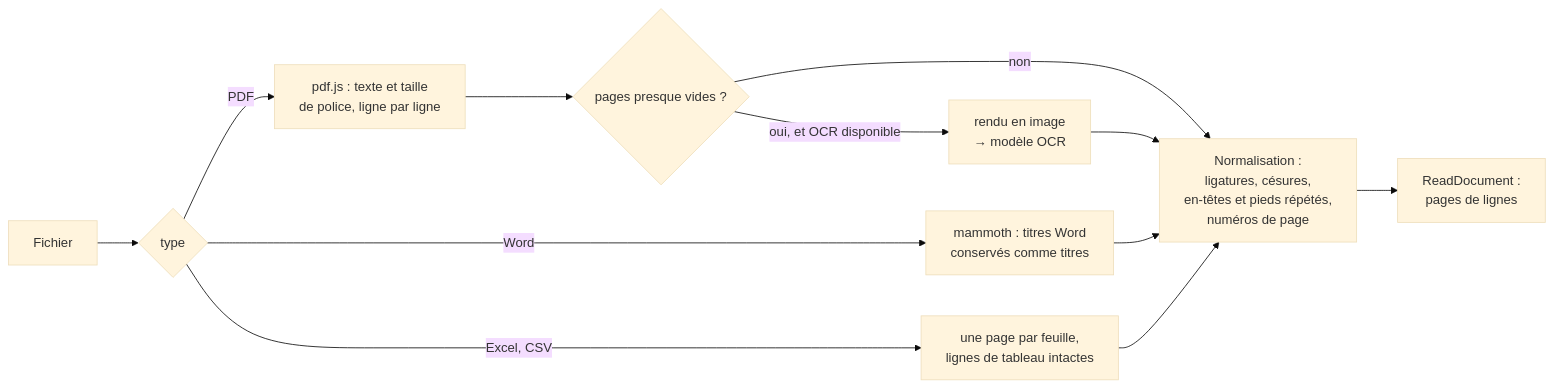
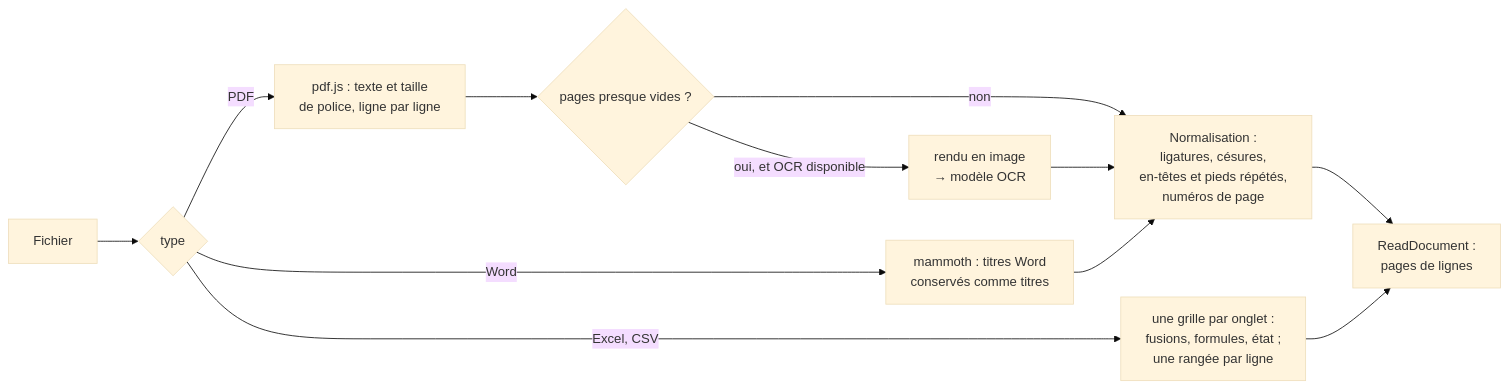
The third of 6 diagrams in apps/backend/src/plans/ai-plan-import/README.md (incubateur-ademe/territoires-en-transitions), drawn with Mermaid (base theme) before and after one commit. The commit also changed other lines of this file and 92 other files, not shown here.

````diff
--- a/apps/backend/src/plans/ai-plan-import/README.md
+++ b/apps/backend/src/plans/ai-plan-import/README.md
@@ -157,14 +160,14 @@
 ```mermaid
 flowchart LR
     F[Fichier] --> K{type}
     K -- PDF --> P[pdf.js : texte et taille<br/>de police, ligne par ligne]
     K -- Word --> M[mammoth : titres Word<br/>conservés comme titres]
-    K -- "Excel, CSV" --> T[une page par feuille,<br/>lignes de tableau intactes]
+    K -- "Excel, CSV" --> T[une grille par onglet :<br/>fusions, formules, état ;<br/>une rangée par ligne]
     P --> O{pages presque vides ?}
     O -- "oui, et OCR disponible" --> OCR[rendu en image<br/>→ modèle OCR]
     O -- non --> N
     OCR --> N[Normalisation :<br/>ligatures, césures,<br/>en-têtes et pieds répétés,<br/>numéros de page]
     M --> N
-    T --> N
     N --> D[ReadDocument :<br/>pages de lignes]
+    T --> D
 ```
````
